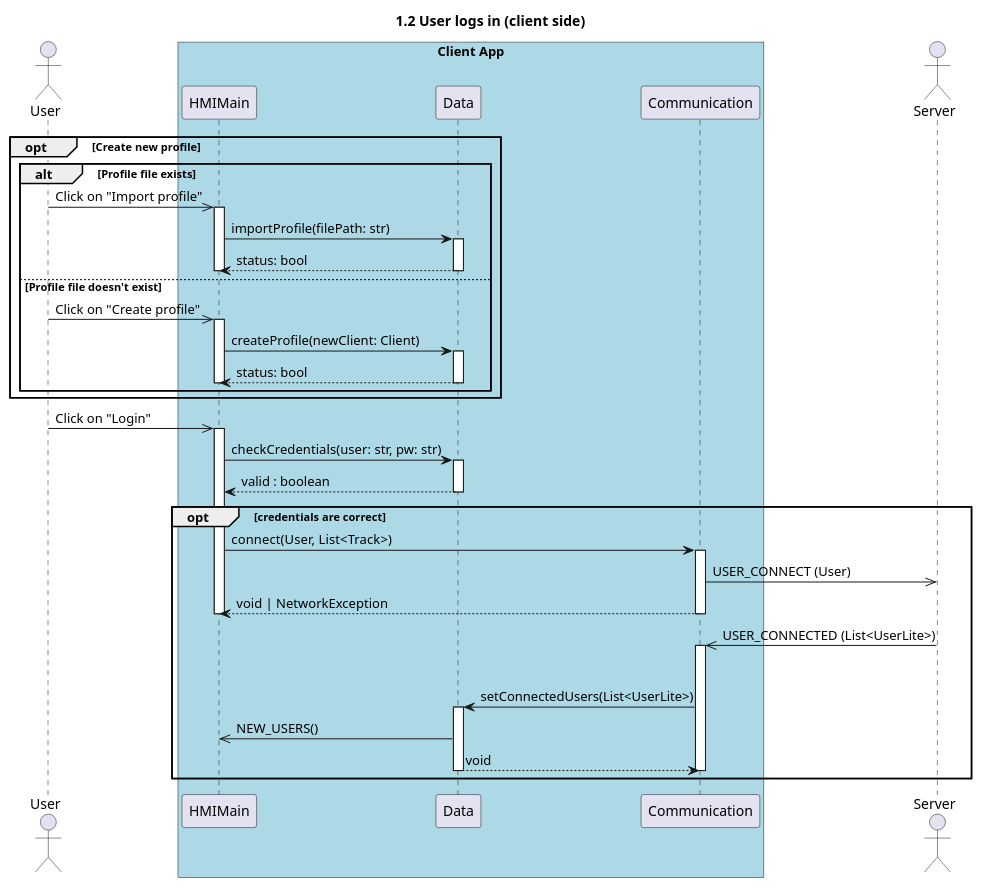
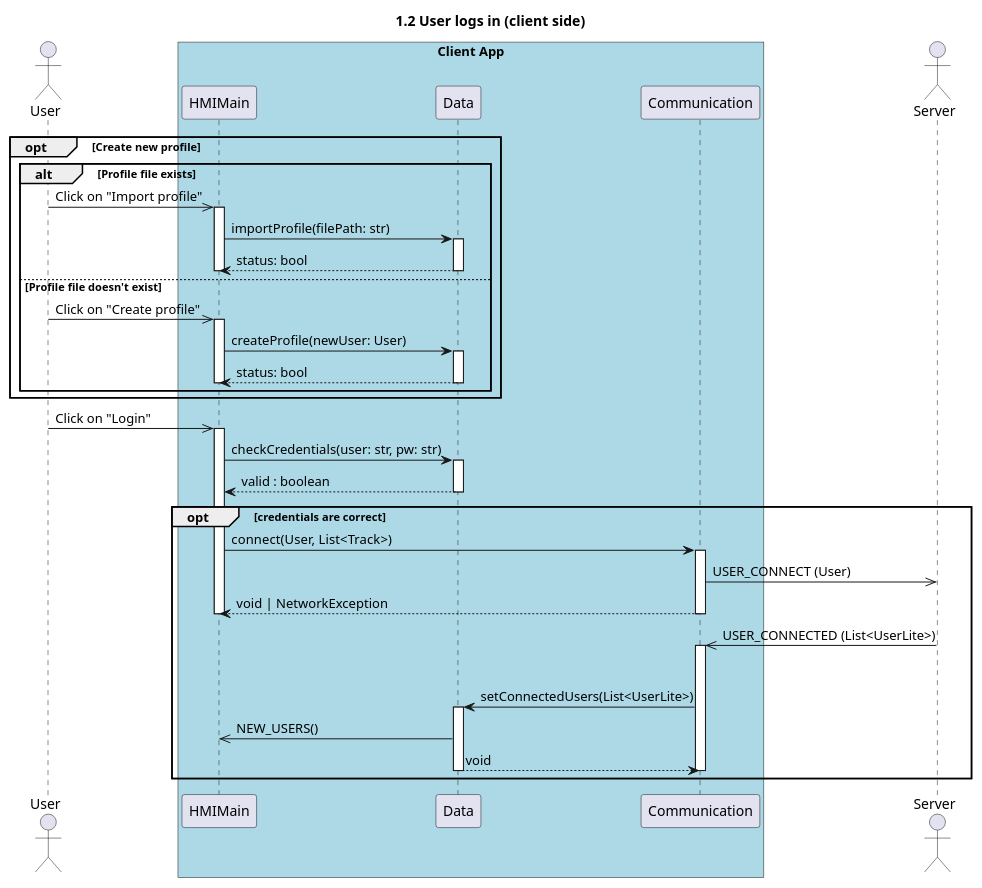
The diagram in sequence/1.2.user_logs_in_client.puml (UTCAI12/Diagrams), drawn with PlantUML before and after one commit.

```diff
--- a/sequence/1.2.user_logs_in_client.puml
+++ b/sequence/1.2.user_logs_in_client.puml
@@ -1,47 +1,47 @@
 @startuml 1.2 User logs in (client side)
 title 1.2 User logs in (client side)
 
 actor "User" as user
 box "Client App" #LightBlue
     participant "HMIMain" as hmi
     participant "Data" as data
     participant "Communication" as com
 end box
 actor "Server" as server
 
 opt Create new profile 
     alt Profile file exists
         user ->> hmi++: Click on "Import profile"
         hmi -> data++: importProfile(filePath: str)
         return status: bool
         deactivate hmi 
     else Profile file doesn't exist
         user ->> hmi++: Click on "Create profile"
-        hmi -> data++: createProfile(newClient: Client)
+        hmi -> data++: createProfile(newUser: User)
         return status: bool
         deactivate hmi
     end
 end
 
 
 
 user ->> hmi++: Click on "Login"
 hmi -> data++: checkCredentials(user: str, pw: str)
 return valid : boolean
 
 opt credentials are correct
     hmi -> com++ : connect(User, List<Track>)
     com->>server: USER_CONNECT (User)
     return void | NetworkException
 
     deactivate hmi
 
     server ->> com++: USER_CONNECTED (List<UserLite>)
     deactivate server
     com->data++: setConnectedUsers(List<UserLite>)
     data->>hmi : NEW_USERS()
     return void
     deactivate com
 end
 
 @enduml
```
